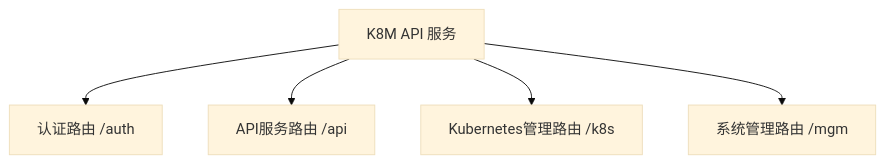
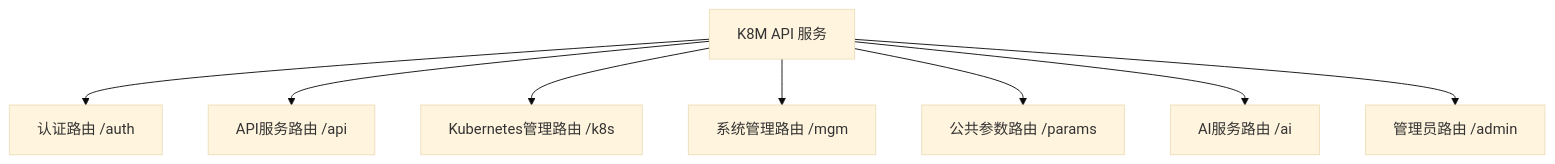
The first of 7 diagrams in docs/route_structure.md (weibaohui/k8m), drawn with Mermaid (base theme) before and after one commit. The commit also changed other lines of this file, not shown here.

````diff
--- a/docs/route_structure.md
+++ b/docs/route_structure.md
@@ -5,8 +5,10 @@
 ```mermaid
 graph TD
     A[K8M API 服务] --> B[认证路由 /auth]
     A --> C[API服务路由 /api]
     A --> D[Kubernetes管理路由 /k8s]
     A --> E[系统管理路由 /mgm]
-
+    A --> F[公共参数路由 /params]
+    A --> G[AI服务路由 /ai]
+    A --> H[管理员路由 /admin]
 ```
````
